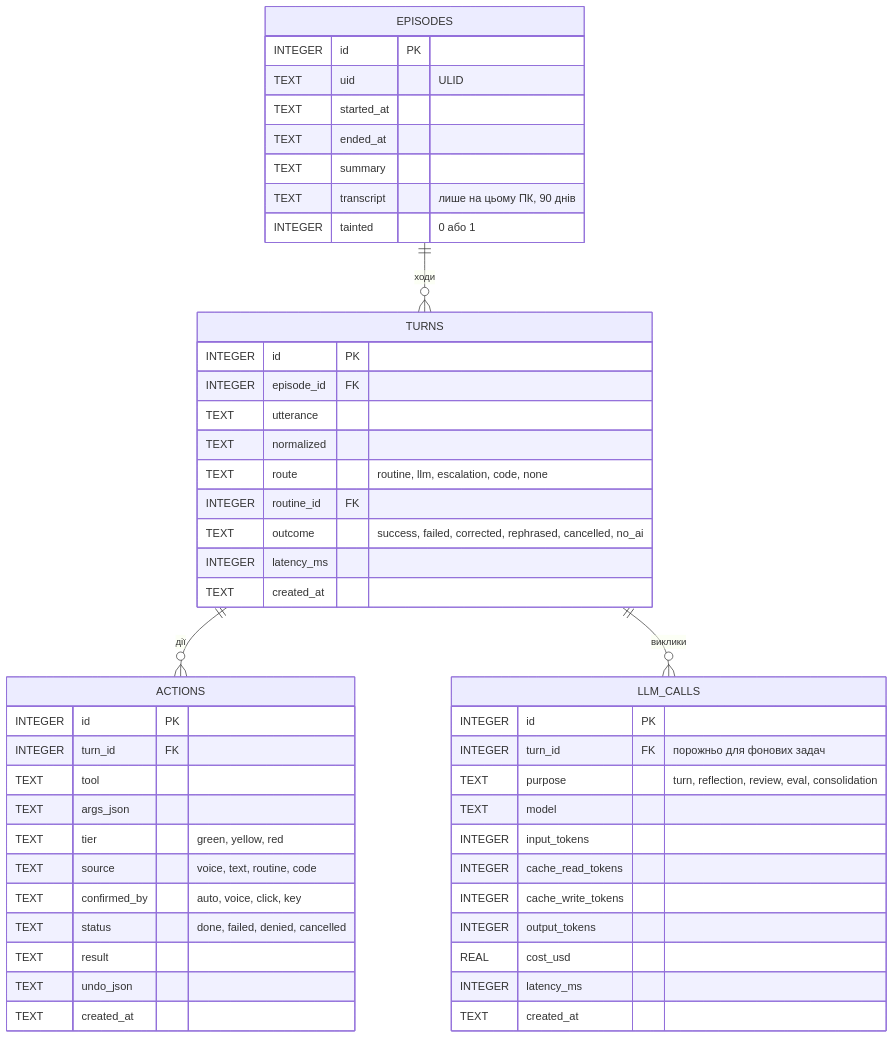
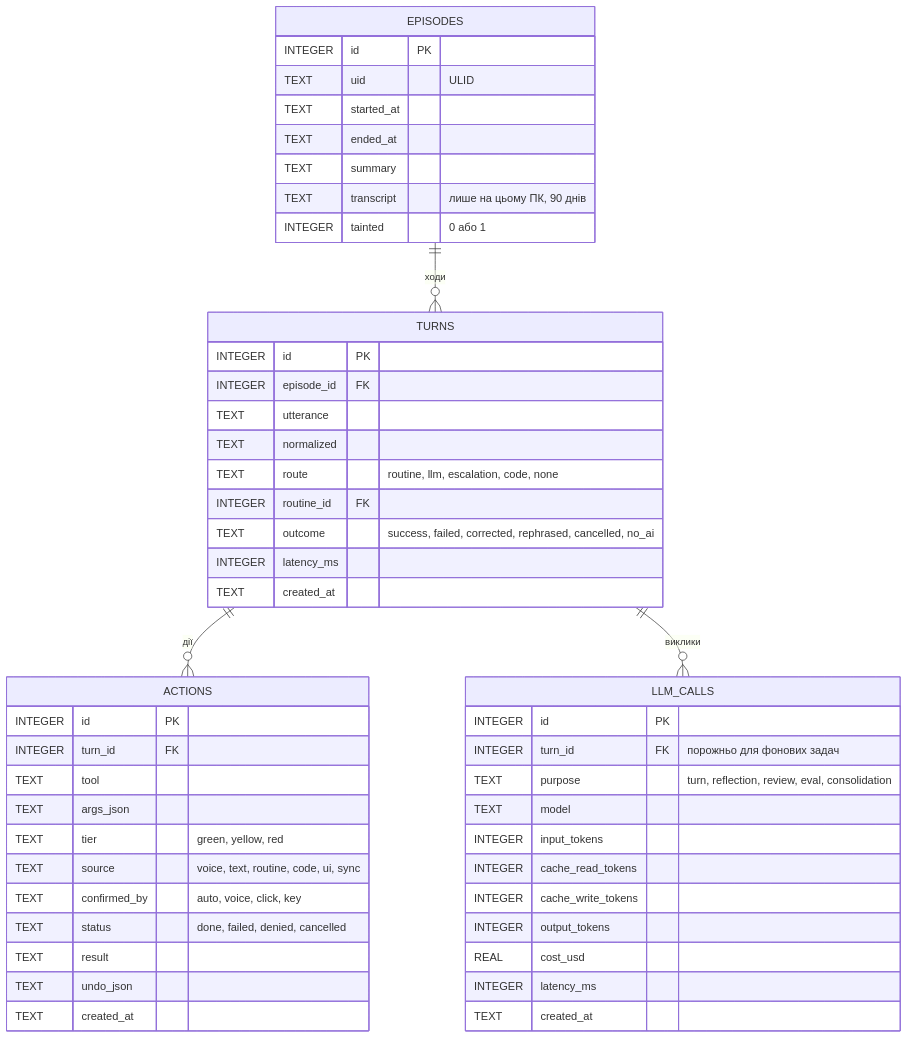
Before and after one commit to if251189kmo/banshee: the second of 6 diagrams in .claude/logic/04-memory.md, drawn with Mermaid. The commit also changed other lines of this file and 14 other files, not shown here.

````diff
--- a/.claude/logic/04-memory.md
+++ b/.claude/logic/04-memory.md
@@ -86,52 +86,52 @@
 ```mermaid
 erDiagram
   EPISODES ||--o{ TURNS : "ходи"
   TURNS ||--o{ ACTIONS : "дії"
   TURNS ||--o{ LLM_CALLS : "виклики"
   EPISODES {
     INTEGER id PK
     TEXT uid "ULID"
     TEXT started_at
     TEXT ended_at
     TEXT summary
     TEXT transcript "лише на цьому ПК, 90 днів"
     INTEGER tainted "0 або 1"
   }
   TURNS {
     INTEGER id PK
     INTEGER episode_id FK
     TEXT utterance
     TEXT normalized
     TEXT route "routine, llm, escalation, code, none"
     INTEGER routine_id FK
     TEXT outcome "success, failed, corrected, rephrased, cancelled, no_ai"
     INTEGER latency_ms
     TEXT created_at
   }
   ACTIONS {
     INTEGER id PK
     INTEGER turn_id FK
     TEXT tool
     TEXT args_json
     TEXT tier "green, yellow, red"
-    TEXT source "voice, text, routine, code"
+    TEXT source "voice, text, routine, code, ui, sync"
     TEXT confirmed_by "auto, voice, click, key"
     TEXT status "done, failed, denied, cancelled"
     TEXT result
     TEXT undo_json
     TEXT created_at
   }
   LLM_CALLS {
     INTEGER id PK
     INTEGER turn_id FK "порожньо для фонових задач"
     TEXT purpose "turn, reflection, review, eval, consolidation"
     TEXT model
     INTEGER input_tokens
     INTEGER cache_read_tokens
     INTEGER cache_write_tokens
     INTEGER output_tokens
     REAL cost_usd
     INTEGER latency_ms
     TEXT created_at
   }
 ```
````
